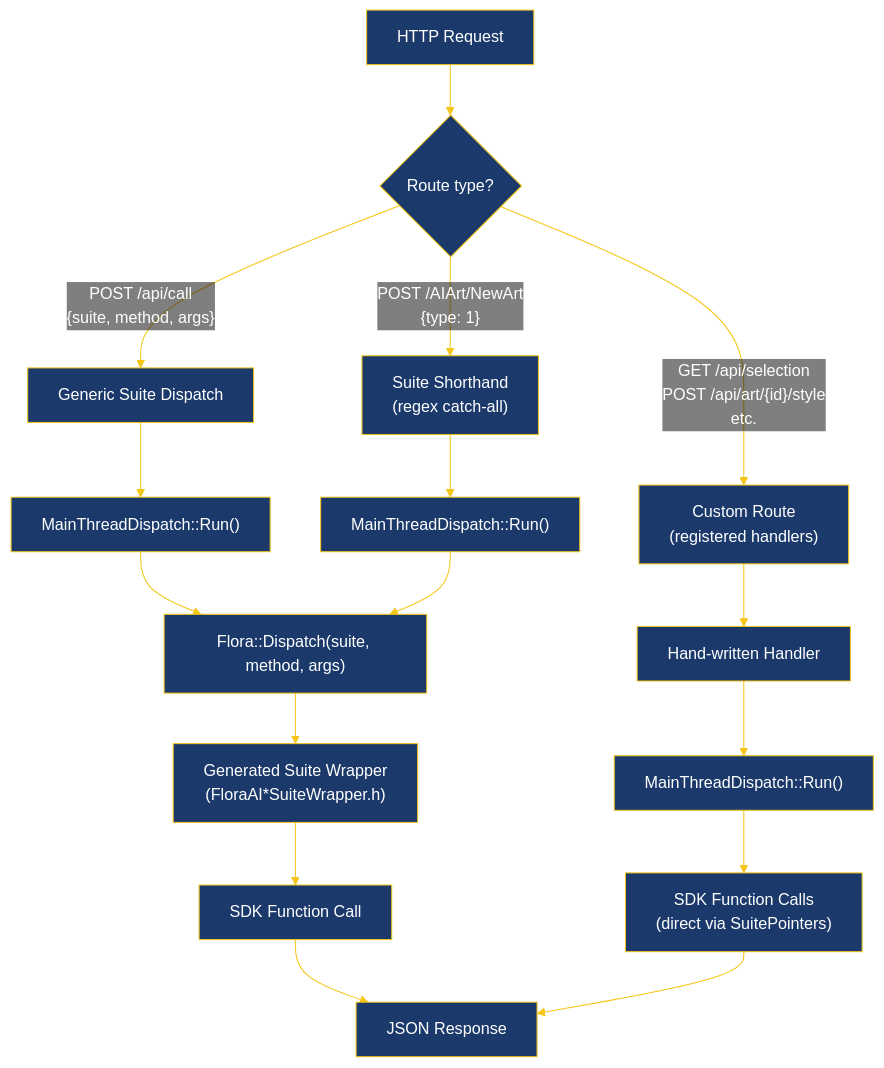
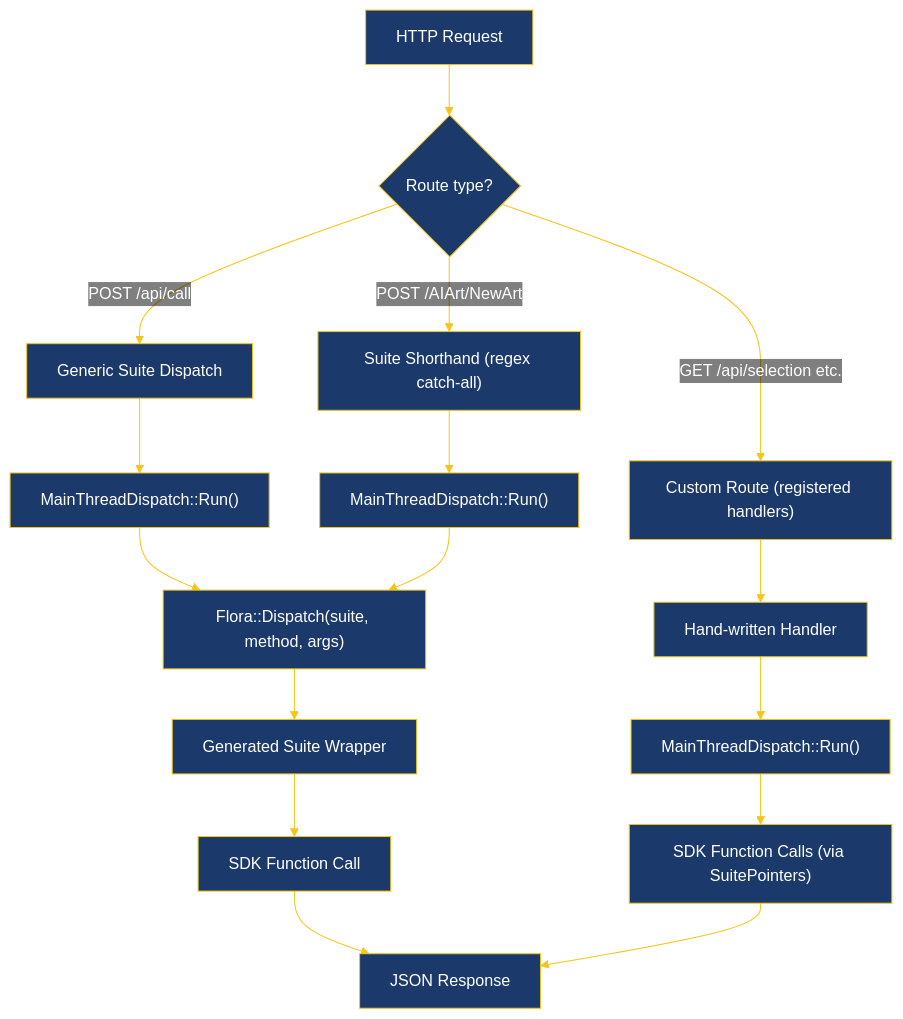
Before and after one commit to ByteBard97/nuxp: the fourth of 4 diagrams in docs/ARCHITECTURE.md, drawn with Mermaid. The commit also changed other lines of this file, not shown here.

Commit message:
docs: fix diagram readability — gold cluster labels, remove literal backslash-n

````diff
--- a/docs/ARCHITECTURE.md
+++ b/docs/ARCHITECTURE.md
@@ -302,34 +304,34 @@
 ```mermaid
 %%{init: {'theme': 'base', 'themeVariables': {
   'primaryColor': '#1B3A6B',
   'primaryTextColor': '#FFFFFF',
   'primaryBorderColor': '#F5C518',
   'lineColor': '#F5C518',
   'secondaryColor': '#C41E24',
   'secondaryTextColor': '#FFFFFF',
   'tertiaryColor': '#2A5298',
   'tertiaryTextColor': '#FFFFFF',
   'edgeLabelBackground': 'transparent'
 }}}%%
 flowchart TB
     Req["HTTP Request"] --> Type{Route type?}
 
-    Type -- "POST /api/call\n{suite, method, args}" --> APICall["Generic Suite Dispatch"]
-    Type -- "POST /AIArt/NewArt\n{type: 1}" --> SuiteShort["Suite Shorthand\n(regex catch-all)"]
-    Type -- "GET /api/selection\nPOST /api/art/{id}/style\netc." --> Custom["Custom Route\n(registered handlers)"]
+    Type -- "POST /api/call" --> APICall["Generic Suite Dispatch"]
+    Type -- "POST /AIArt/NewArt" --> SuiteShort["Suite Shorthand (regex catch-all)"]
+    Type -- "GET /api/selection etc." --> Custom["Custom Route (registered handlers)"]
 
     APICall --> MTD1["MainThreadDispatch::Run()"]
     SuiteShort --> MTD2["MainThreadDispatch::Run()"]
     Custom --> Handler["Hand-written Handler"]
     Handler --> MTD3["MainThreadDispatch::Run()"]
 
     MTD1 --> CD["Flora::Dispatch(suite, method, args)"]
     MTD2 --> CD
-    CD --> Wrapper["Generated Suite Wrapper\n(FloraAI*SuiteWrapper.h)"]
+    CD --> Wrapper["Generated Suite Wrapper"]
     Wrapper --> SDKCall["SDK Function Call"]
 
-    MTD3 --> SDKCall2["SDK Function Calls\n(direct via SuitePointers)"]
+    MTD3 --> SDKCall2["SDK Function Calls (via SuitePointers)"]
 
     SDKCall --> JSON["JSON Response"]
     SDKCall2 --> JSON
 ```
````
